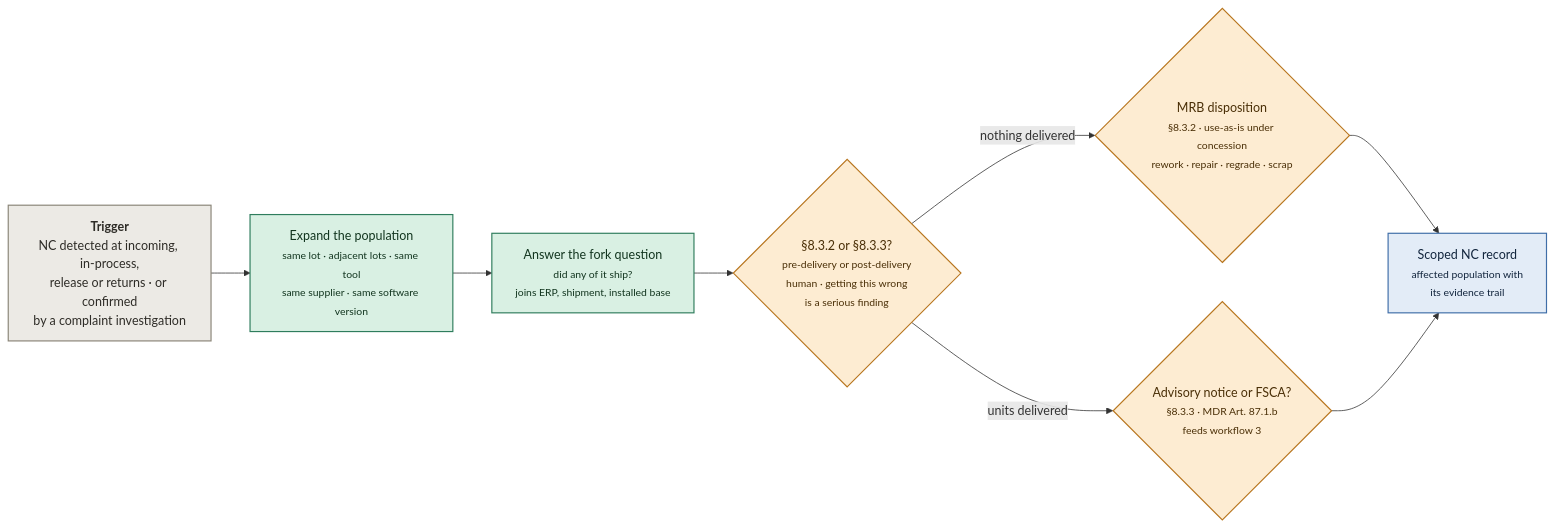
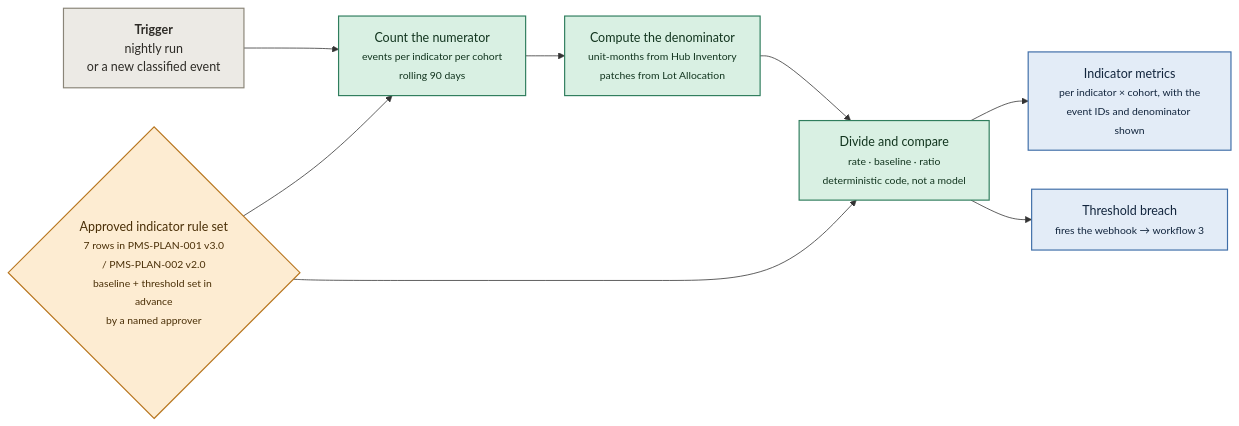
One commit to Tchanwangsa/forward-hack changed the fifth of 9 diagrams in plan/DIAGRAMS.md. Above: the diagram before and after it, drawn with Mermaid. The commit also changed other lines of this file and 15 other files, not shown here.

````diff
--- a/plan/DIAGRAMS.md
+++ b/plan/DIAGRAMS.md
@@ -144,23 +164,23 @@
 ```mermaid
 flowchart LR
-  T["<b>Trigger</b><br/>NC detected at incoming, in-process,<br/>release or returns · or confirmed<br/>by a complaint investigation"]
-  A1["Expand the population<br/><small>same lot · adjacent lots · same tool<br/>same supplier · same software version</small>"]
-  A2["Answer the fork question<br/><small>did any of it ship?<br/>joins ERP, shipment, installed base</small>"]
-  G1{"§8.3.2 or §8.3.3?<br/><small>pre-delivery or post-delivery<br/>human · getting this wrong<br/>is a serious finding</small>"}
-  G2{"MRB disposition<br/><small>§8.3.2 · use-as-is under concession<br/>rework · repair · regrade · scrap</small>"}
-  G3{"Advisory notice or FSCA?<br/><small>§8.3.3 · MDR Art. 87.1.b<br/>feeds workflow 3</small>"}
-  O["Scoped NC record<br/><small>affected population with<br/>its evidence trail</small>"]
-  T --> A1 --> A2 --> G1
-  G1 -->|nothing delivered| G2
-  G1 -->|units delivered| G3
-  G2 --> O
-  G3 --> O
+  T["<b>Trigger</b><br/>nightly run<br/>or a new classified event"]
+  RULE{"Approved indicator rule set<br/><small>7 rows in PMS-PLAN-001 v3.0<br/>/ PMS-PLAN-002 v2.0<br/>baseline + threshold set in advance<br/>by a named approver</small>"}
+  A1["Count the numerator<br/><small>events per indicator per cohort<br/>rolling 90 days</small>"]
+  A2["Compute the denominator<br/><small>unit-months from Hub Inventory<br/>patches from Lot Allocation</small>"]
+  A3["Divide and compare<br/><small>rate · baseline · ratio<br/>deterministic code, not a model</small>"]
+  O["Indicator metrics<br/><small>per indicator × cohort, with the<br/>event IDs and denominator shown</small>"]
+  B["Threshold breach<br/><small>fires the webhook → workflow 3</small>"]
+  T --> A1
+  RULE --> A1
+  RULE --> A3
+  A1 --> A2 --> A3 --> O
+  A3 --> B
   classDef trigger fill:#eceae5,stroke:#8a8578,stroke-width:1.5px,color:#2e2c27
   classDef agent fill:#d9f0e3,stroke:#2f7d5d,stroke-width:1.5px,color:#12351f
   classDef gate fill:#fdecd2,stroke:#b8761f,stroke-width:1.5px,color:#4a2f07
   classDef out fill:#e3ecf7,stroke:#3f6ea8,stroke-width:1.5px,color:#12253d
   class T trigger
-  class A1,A2 agent
-  class G1,G2,G3 gate
-  class O out
+  class A1,A2,A3 agent
+  class RULE gate
+  class O,B out
 ```
````
